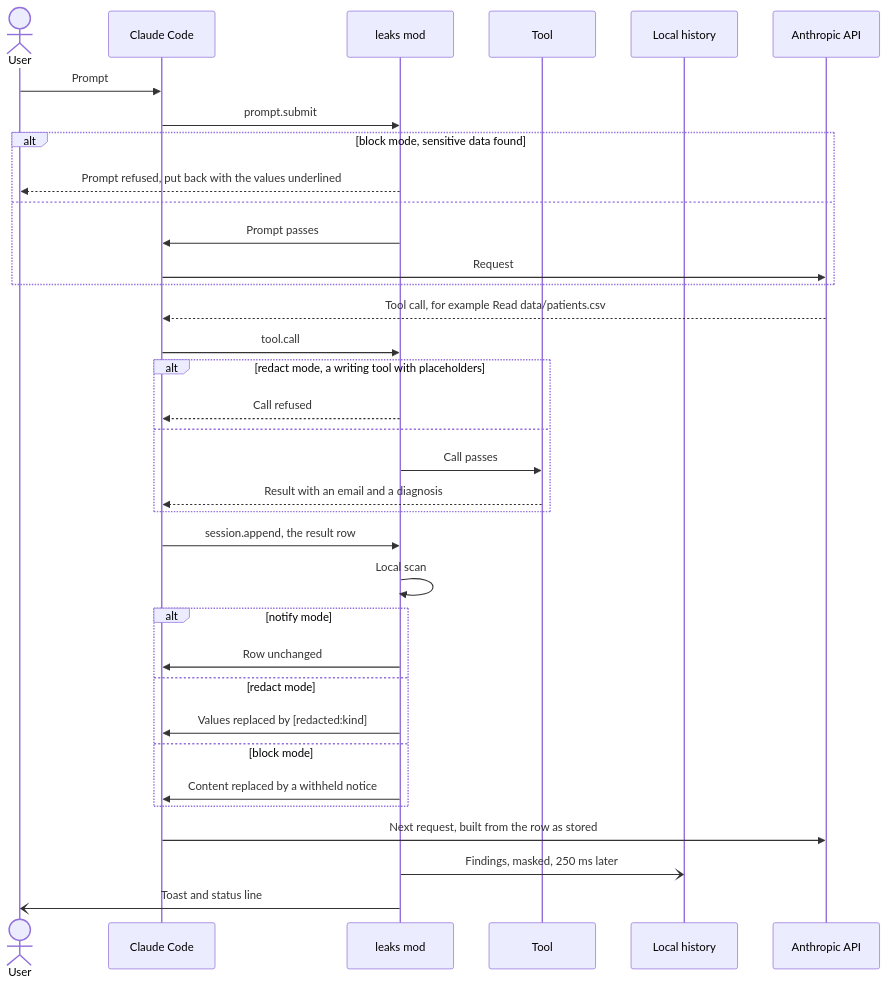
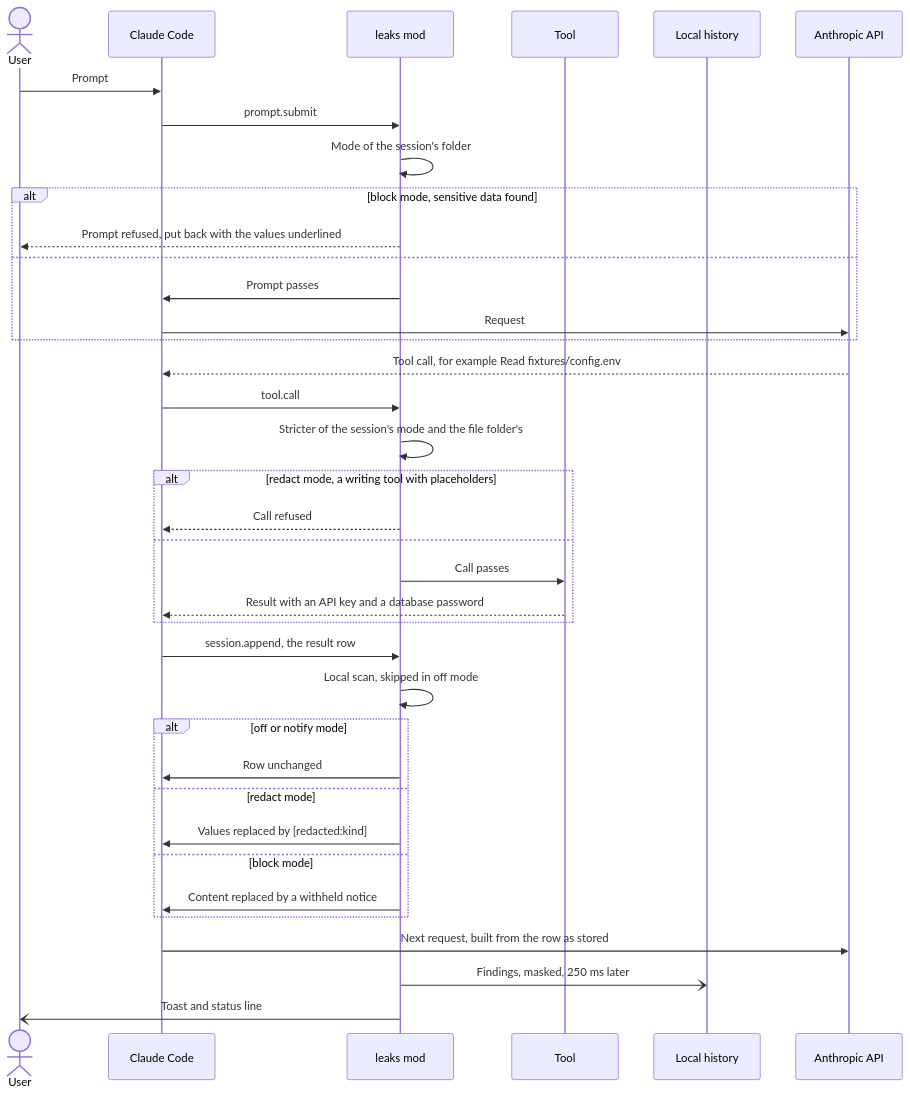
One commit to devsomelife/somelife-claude-mods changed the second of 2 diagrams in plugins/leaks/README.md. Above: the diagram before and after it, drawn with Mermaid. The commit also changed other lines of this file and 11 other files, not shown here.

````diff
--- a/plugins/leaks/README.md
+++ b/plugins/leaks/README.md
@@ -62,38 +132,40 @@
 ```mermaid
 sequenceDiagram
     actor User
     participant CC as Claude Code
     participant Mod as leaks mod
     participant Tool as Tool
     participant Store as Local history
     participant API as Anthropic API
 
     User->>CC: Prompt
     CC->>Mod: prompt.submit
+    Mod->>Mod: Mode of the session's folder
     alt block mode, sensitive data found
         Mod-->>User: Prompt refused, put back with the values underlined
     else
         Mod->>CC: Prompt passes
         CC->>API: Request
     end
-    API-->>CC: Tool call, for example Read data/patients.csv
+    API-->>CC: Tool call, for example Read fixtures/config.env
     CC->>Mod: tool.call
+    Mod->>Mod: Stricter of the session's mode and the file folder's
     alt redact mode, a writing tool with placeholders
         Mod-->>CC: Call refused
     else
         Mod->>Tool: Call passes
-        Tool-->>CC: Result with an email and a diagnosis
+        Tool-->>CC: Result with an API key and a database password
     end
     CC->>Mod: session.append, the result row
-    Mod->>Mod: Local scan
-    alt notify mode
+    Mod->>Mod: Local scan, skipped in off mode
+    alt off or notify mode
         Mod->>CC: Row unchanged
     else redact mode
         Mod->>CC: Values replaced by [redacted:kind]
     else block mode
         Mod->>CC: Content replaced by a withheld notice
     end
     CC->>API: Next request, built from the row as stored
     Mod-)Store: Findings, masked, 250 ms later
     Mod-)User: Toast and status line
 ```
````
